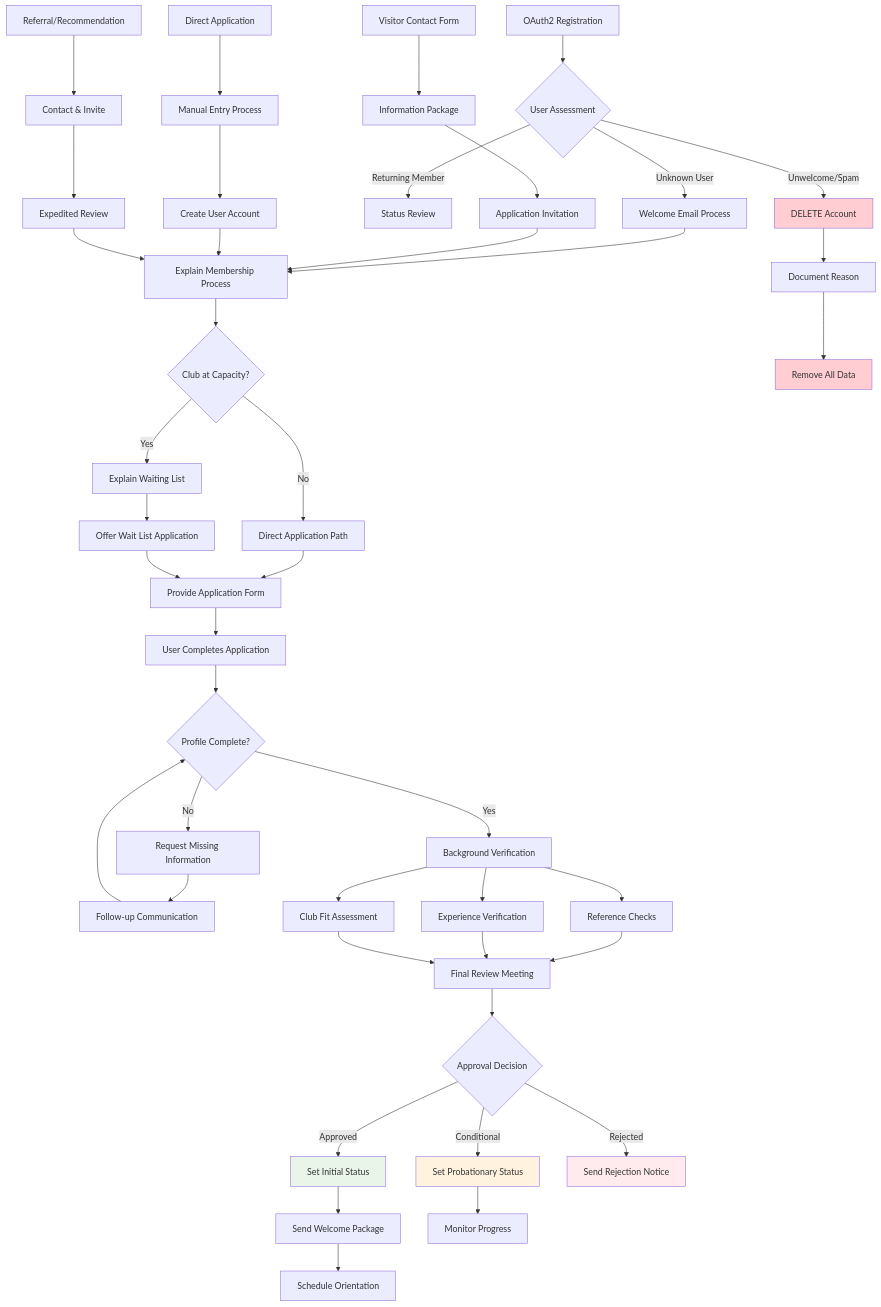
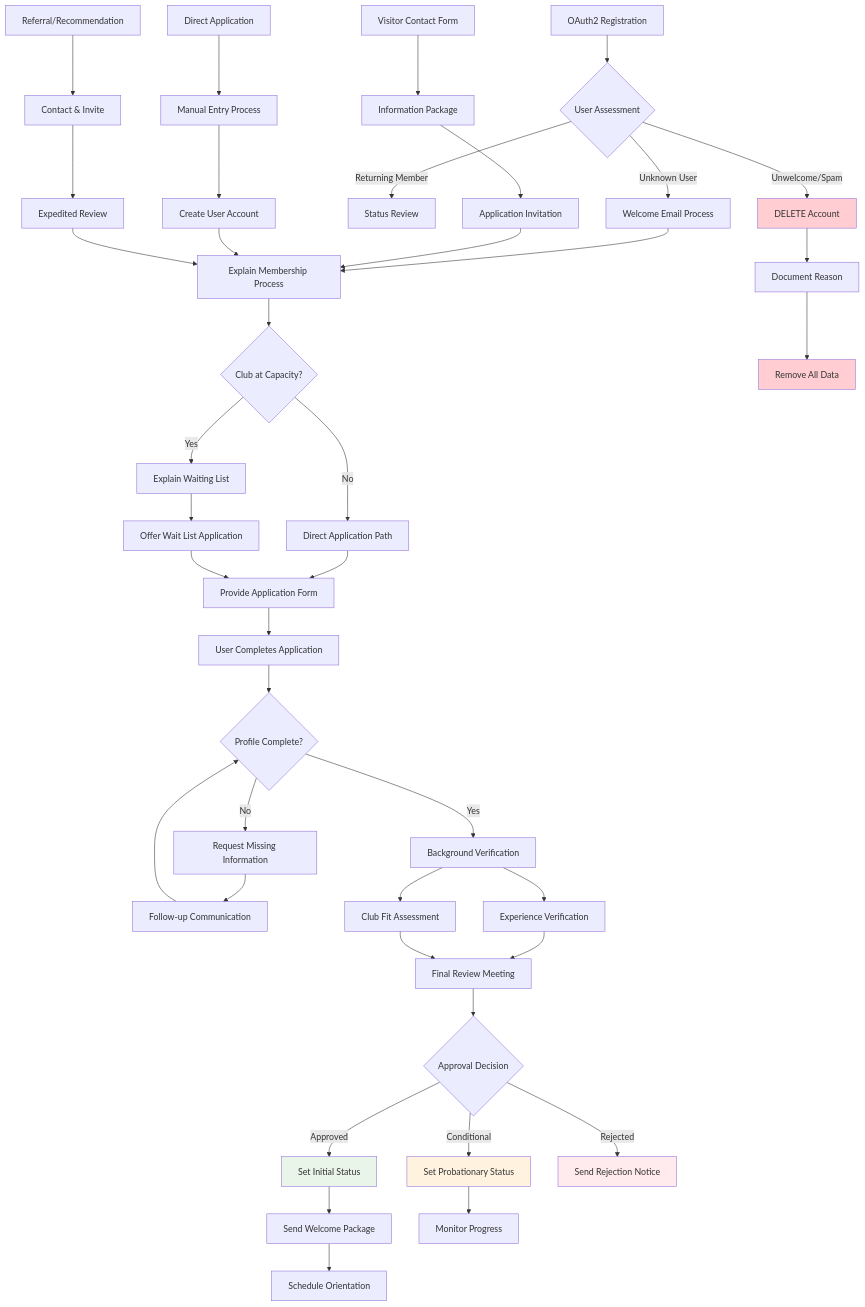
Before and after one commit to pietbarber/Manage2Soar: the third of 6 diagrams in docs/workflows/12-membership-manager-workflow.md, drawn with Mermaid. The commit also changed other lines of this file and 1 other file, not shown here.

Commit message:
Resolve feedback for Issue #188: Clarify visitor contact system usage, update FAST program status, add "Not a Member" status, and remove reference requirements in membership workflow documentation.

````diff
--- a/docs/workflows/12-membership-manager-workflow.md
+++ b/docs/workflows/12-membership-manager-workflow.md
@@ -135,64 +144,62 @@
 ```mermaid
 flowchart TD
     %% Multiple Entry Points
     A1[OAuth2 Registration] --> A2{User Assessment}
     A2 -->|Unknown User| A3[Welcome Email Process]
     A2 -->|Unwelcome/Spam| A4[DELETE Account]
     A2 -->|Returning Member| A5[Status Review]
 
     B1[Visitor Contact Form] --> B2[Information Package]
     B2 --> B3[Application Invitation]
 
     C1[Direct Application] --> C2[Manual Entry Process]
     C2 --> C3[Create User Account]
 
     D1[Referral/Recommendation] --> D2[Contact & Invite]
     D2 --> D3[Expedited Review]
 
     %% Common Application Flow
     A3 --> E[Explain Membership Process]
     B3 --> E
     C3 --> E
     D3 --> E
 
     E --> F{Club at Capacity?}
     F -->|Yes| G[Explain Waiting List]
     F -->|No| H[Direct Application Path]
     G --> I[Offer Wait List Application]
     H --> J[Provide Application Form]
     I --> J
 
     J --> K[User Completes Application]
     K --> L{Profile Complete?}
     L -->|No| M[Request Missing Information]
     M --> N[Follow-up Communication]
     N --> L
     L -->|Yes| O[Background Verification]
 
-    O --> P[Reference Checks]
     O --> Q[Experience Verification]
     O --> R[Club Fit Assessment]
 
-    P --> S[Final Review Meeting]
-    Q --> S
+    Q --> S[Final Review Meeting]
     R --> S
 
     S --> T{Approval Decision}
     T -->|Approved| U[Set Initial Status]
     T -->|Conditional| V[Set Probationary Status]
     T -->|Rejected| W[Send Rejection Notice]
 
     U --> X[Send Welcome Package]
     V --> Y[Monitor Progress]
     X --> Z[Schedule Orientation]
 
     %% Deletion Path
     A4 --> A6[Document Reason]
     A6 --> A7[Remove All Data]
 
     style U fill:#e8f5e8
     style W fill:#ffebee
     style V fill:#fff3e0
     style A4 fill:#ffcdd2
     style A7 fill:#ffcdd2
 ```
````
